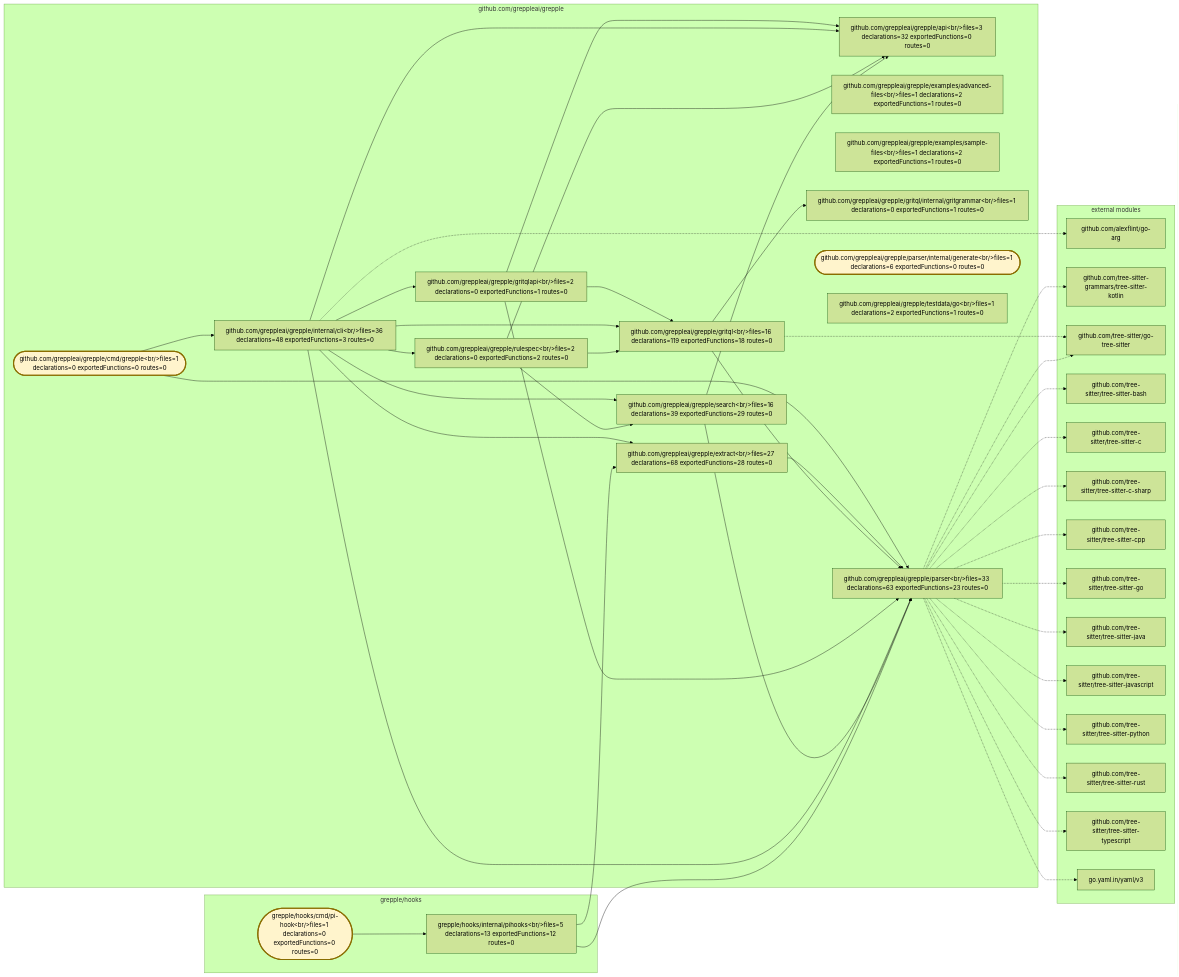
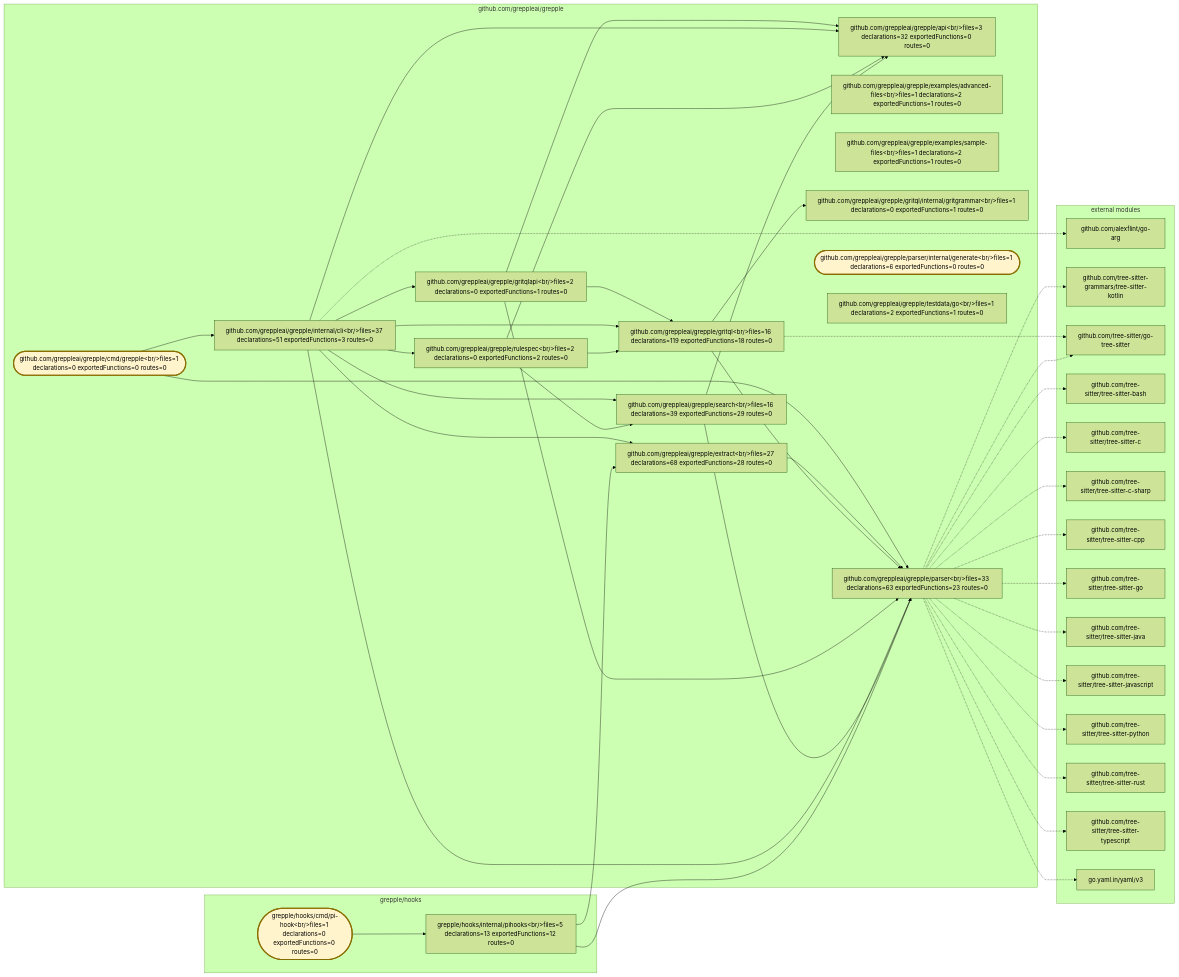
The diagram in .grepple/project.workspace/overview.mmd (greppleai/grepple), drawn with Mermaid (forest theme) before and after one commit. The commit also changed 11 other files, not shown here.

Commit message:
feat: preview graph selector alternatives

```diff
--- a/.grepple/project.workspace/overview.mmd
+++ b/.grepple/project.workspace/overview.mmd
@@ -1,79 +1,79 @@
 flowchart LR
     classDef entrypoint fill:#fff4cc,stroke:#8a6d00,stroke-width:3px
     subgraph module_0["github.com/greppleai/grepple"]
         package_0["github.com/greppleai/grepple/api&lt;br/&gt;files=3 declarations=32 exportedFunctions=0 routes=0"]
         package_1(["github.com/greppleai/grepple/cmd/grepple&lt;br/&gt;files=1 declarations=0 exportedFunctions=0 routes=0"])
         class package_1 entrypoint
         package_2["github.com/greppleai/grepple/examples/advanced-files&lt;br/&gt;files=1 declarations=2 exportedFunctions=1 routes=0"]
         package_3["github.com/greppleai/grepple/examples/sample-files&lt;br/&gt;files=1 declarations=2 exportedFunctions=1 routes=0"]
         package_4["github.com/greppleai/grepple/extract&lt;br/&gt;files=27 declarations=68 exportedFunctions=28 routes=0"]
         package_5["github.com/greppleai/grepple/gritql&lt;br/&gt;files=16 declarations=119 exportedFunctions=18 routes=0"]
         package_6["github.com/greppleai/grepple/gritql/internal/gritgrammar&lt;br/&gt;files=1 declarations=0 exportedFunctions=1 routes=0"]
         package_7["github.com/greppleai/grepple/gritqlapi&lt;br/&gt;files=2 declarations=0 exportedFunctions=1 routes=0"]
-        package_8["github.com/greppleai/grepple/internal/cli&lt;br/&gt;files=36 declarations=48 exportedFunctions=3 routes=0"]
+        package_8["github.com/greppleai/grepple/internal/cli&lt;br/&gt;files=37 declarations=51 exportedFunctions=3 routes=0"]
         package_9["github.com/greppleai/grepple/parser&lt;br/&gt;files=33 declarations=63 exportedFunctions=23 routes=0"]
         package_10(["github.com/greppleai/grepple/parser/internal/generate&lt;br/&gt;files=1 declarations=6 exportedFunctions=0 routes=0"])
         class package_10 entrypoint
         package_11["github.com/greppleai/grepple/rulespec&lt;br/&gt;files=2 declarations=0 exportedFunctions=2 routes=0"]
         package_12["github.com/greppleai/grepple/search&lt;br/&gt;files=16 declarations=39 exportedFunctions=29 routes=0"]
         package_13["github.com/greppleai/grepple/testdata/go&lt;br/&gt;files=1 declarations=2 exportedFunctions=1 routes=0"]
     end
     subgraph module_1["grepple/hooks"]
         package_14(["grepple/hooks/cmd/pi-hook&lt;br/&gt;files=1 declarations=0 exportedFunctions=0 routes=0"])
         class package_14 entrypoint
         package_15["grepple/hooks/internal/pihooks&lt;br/&gt;files=5 declarations=13 exportedFunctions=12 routes=0"]
     end
     package_1 --> package_8
     package_1 --> package_9
     package_4 --> package_9
     package_5 --> package_6
     package_5 --> package_9
     package_7 --> package_0
     package_7 --> package_5
     package_7 --> package_9
     package_8 --> package_0
     package_8 --> package_4
     package_8 --> package_5
     package_8 --> package_7
     package_8 --> package_9
     package_8 --> package_11
     package_8 --> package_12
     package_11 --> package_0
     package_11 --> package_5
     package_11 --> package_12
     package_12 --> package_0
     package_12 --> package_9
     package_14 --> package_15
     package_15 --> package_4
     package_15 --> package_9
     subgraph external_dependencies["external modules"]
         external_0["github.com/alexflint/go-arg"]
         external_1["github.com/tree-sitter-grammars/tree-sitter-kotlin"]
         external_2["github.com/tree-sitter/go-tree-sitter"]
         external_3["github.com/tree-sitter/tree-sitter-bash"]
         external_4["github.com/tree-sitter/tree-sitter-c"]
         external_5["github.com/tree-sitter/tree-sitter-c-sharp"]
         external_6["github.com/tree-sitter/tree-sitter-cpp"]
         external_7["github.com/tree-sitter/tree-sitter-go"]
         external_8["github.com/tree-sitter/tree-sitter-java"]
         external_9["github.com/tree-sitter/tree-sitter-javascript"]
         external_10["github.com/tree-sitter/tree-sitter-python"]
         external_11["github.com/tree-sitter/tree-sitter-rust"]
         external_12["github.com/tree-sitter/tree-sitter-typescript"]
         external_13["go.yaml.in/yaml/v3"]
     end
     package_8 -.-> external_0
     package_9 -.-> external_1
     package_5 -.-> external_2
     package_9 -.-> external_2
     package_9 -.-> external_3
     package_9 -.-> external_4
     package_9 -.-> external_5
     package_9 -.-> external_6
     package_9 -.-> external_7
     package_9 -.-> external_8
     package_9 -.-> external_9
     package_9 -.-> external_10
     package_9 -.-> external_11
     package_9 -.-> external_12
     package_9 -.-> external_13
```
